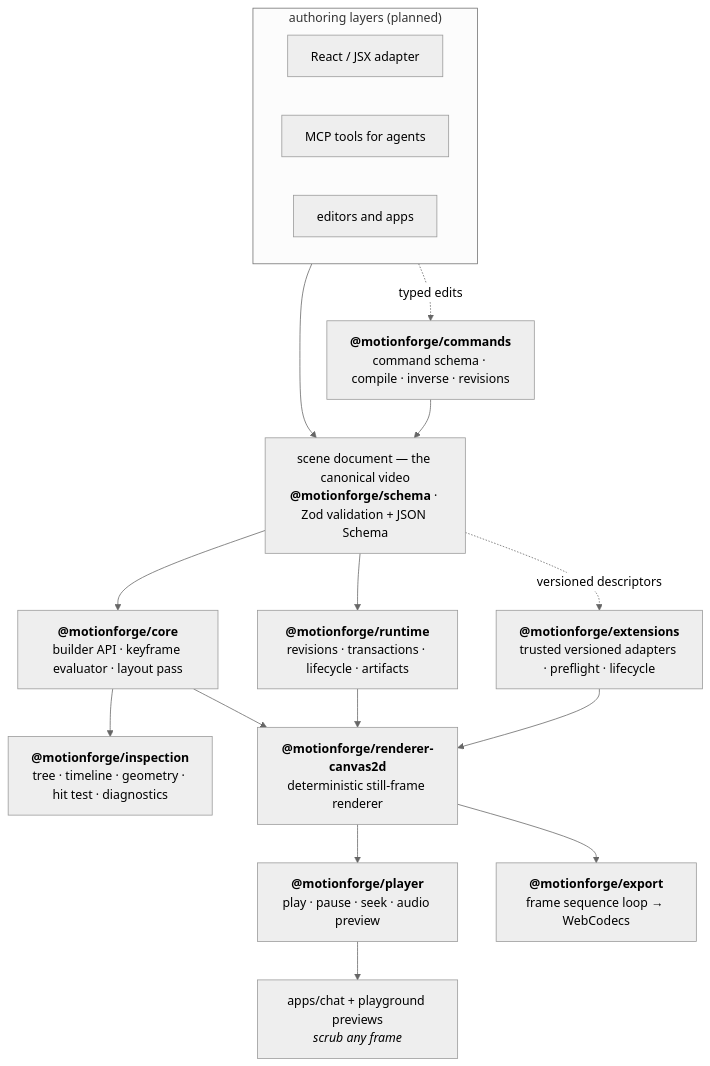
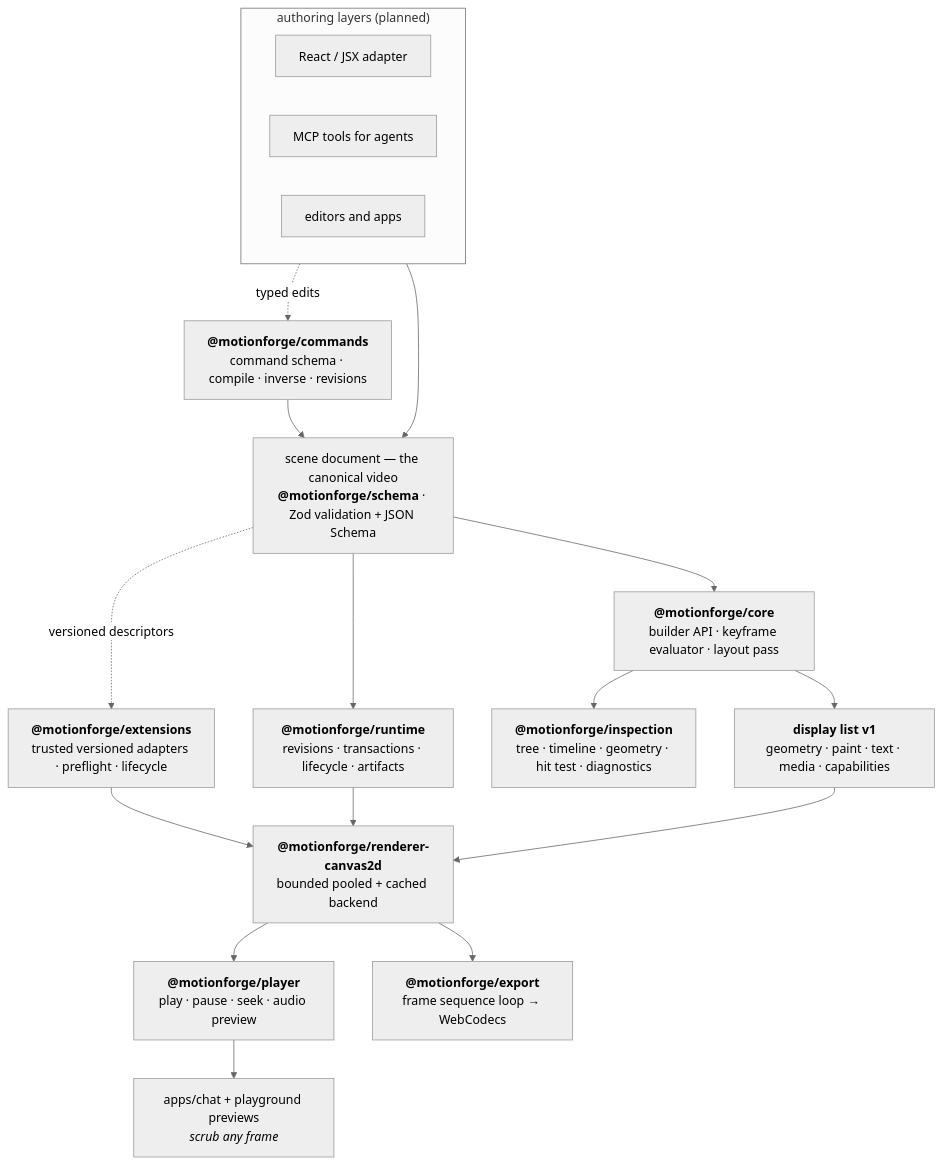
One commit to PansaLegrand/dojo-video-engine changed the second of 2 diagrams in README.md. Above: the diagram before and after it, drawn with Mermaid (neutral theme). The commit also changed other lines of this file and 41 other files, not shown here.

Commit message:
refactor(canvas2d): render through a reusable display list

````diff
--- a/README.md
+++ b/README.md
@@ -54,24 +54,25 @@
 ```mermaid
 flowchart TB
     subgraph adapters ["authoring layers (planned)"]
         direction LR
         JSX["React / JSX adapter"]
         MCP["MCP tools for agents"]
         ED["editors and apps"]
     end
 
     adapters --> SCENE["scene document — the canonical video<br/><b>@motionforge/schema</b> · Zod validation + JSON Schema"]
     adapters -. "typed edits" .-> COMMANDS["<b>@motionforge/commands</b><br/>command schema · compile · inverse · revisions"]
     COMMANDS --> SCENE
 
     SCENE --> RUNTIME["<b>@motionforge/runtime</b><br/>revisions · transactions · lifecycle · artifacts"]
     SCENE --> CORE["<b>@motionforge/core</b><br/>builder API · keyframe evaluator · layout pass"]
+    CORE --> DISPLAY["<b>display list v1</b><br/>geometry · paint · text · media · capabilities"]
     CORE --> INSPECT["<b>@motionforge/inspection</b><br/>tree · timeline · geometry · hit test · diagnostics"]
     SCENE -. "versioned descriptors" .-> EXT["<b>@motionforge/extensions</b><br/>trusted versioned adapters · preflight · lifecycle"]
     EXT --> R2D
     RUNTIME --> R2D
-    CORE --> R2D["<b>@motionforge/renderer-canvas2d</b><br/>deterministic still-frame renderer"]
+    DISPLAY --> R2D["<b>@motionforge/renderer-canvas2d</b><br/>bounded pooled + cached backend"]
     R2D --> PLAYER["<b>@motionforge/player</b><br/>play · pause · seek · audio preview"]
     PLAYER --> PREVIEW["apps/chat + playground previews<br/><i>scrub any frame</i>"]
     R2D --> EXPORT["<b>@motionforge/export</b><br/>frame sequence loop → WebCodecs"]
 ```
````
